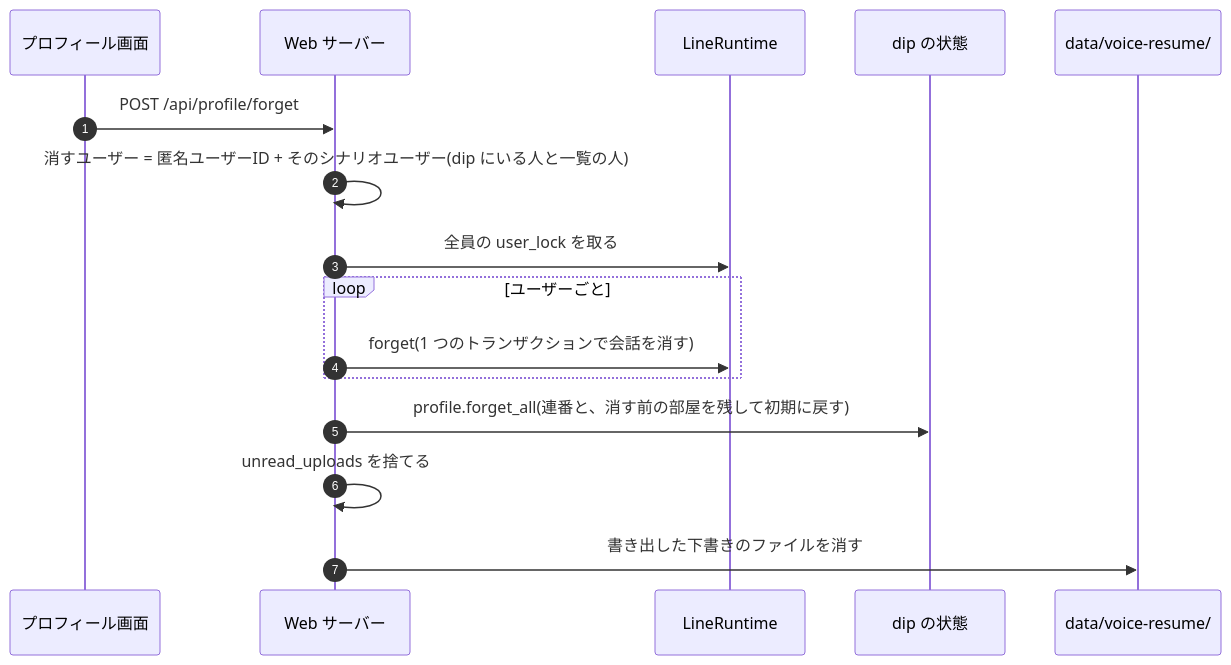
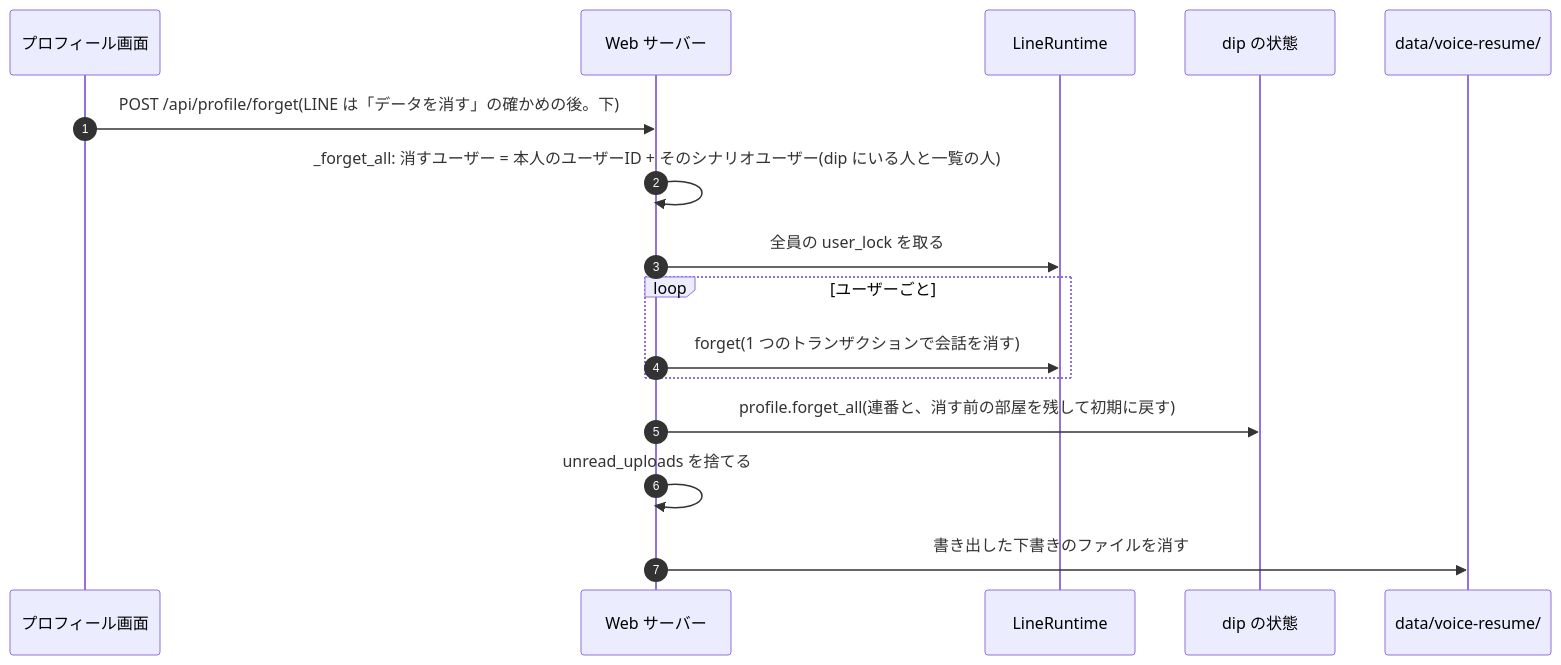
One commit to jyoka/aica changed the eighth of 11 diagrams in docs/architecture/lld.md. Above: the diagram before and after it, drawn with Mermaid. The commit also changed other lines of this file and 4 other files, not shown here.

````diff
--- a/docs/architecture/lld.md
+++ b/docs/architecture/lld.md
@@ -722,19 +722,19 @@
 ```mermaid
 sequenceDiagram
     autonumber
     participant P as プロフィール画面
     participant S as Web サーバー
     participant R as LineRuntime
     participant D as dip の状態
     participant F as data/voice-resume/
 
-    P->>S: POST /api/profile/forget
-    S->>S: 消すユーザー = 匿名ユーザーID + そのシナリオユーザー(dip にいる人と一覧の人)
+    P->>S: POST /api/profile/forget(LINE は「データを消す」の確かめの後。下)
+    S->>S: _forget_all: 消すユーザー = 本人のユーザーID + そのシナリオユーザー(dip にいる人と一覧の人)
     S->>R: 全員の user_lock を取る
     loop ユーザーごと
         S->>R: forget(1 つのトランザクションで会話を消す)
     end
     S->>D: profile.forget_all(連番と、消す前の部屋を残して初期に戻す)
     S->>S: unread_uploads を捨てる
     S->>F: 書き出した下書きのファイルを消す
 ```
````
